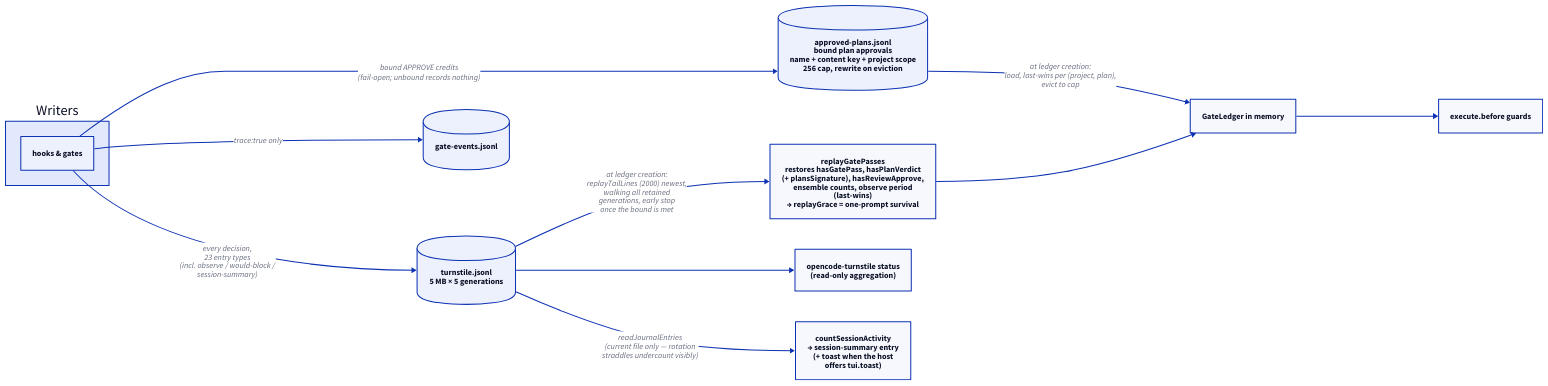
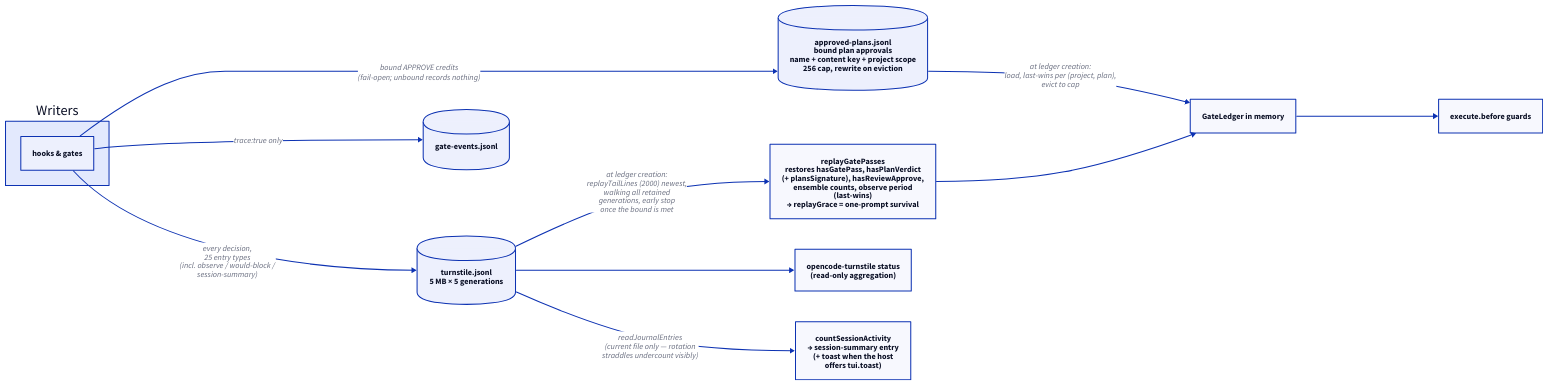
Before and after one commit to edseabolt/turnstile: the diagram in docs/diagrams/d05-persistence.d2, drawn with D2. The commit also changed 28 other files, not shown here.

Commit message:
docs(docs-accuracy): sync prose, docstrings, diagrams, and schema with source

```diff
--- a/docs/diagrams/d05-persistence.d2
+++ b/docs/diagrams/d05-persistence.d2
@@ -1,31 +1,31 @@
 direction: right
 
 writers: "Writers" {
   hooks: "hooks & gates"
 }
 
 jsonl: "turnstile.jsonl\n5 MB × 5 generations" {
   shape: cylinder
 }
 trace: "gate-events.jsonl" {
   shape: cylinder
 }
 approval: "approved-plans.jsonl\nbound plan approvals\nname + content key + project scope\n256 cap, rewrite on eviction" {
   shape: cylinder
 }
 
 replay: "replayGatePasses\nrestores hasGatePass, hasPlanVerdict\n(+ plansSignature), hasReviewApprove,\nensemble counts, observe period\n(last-wins)\n→ replayGrace = one-prompt survival"
 ledger: "GateLedger in memory"
 enforce: "execute.before guards"
 cli: "opencode-turnstile status\n(read-only aggregation)"
 
-writers.hooks -> jsonl: "every decision,\n23 entry types\n(incl. observe / would-block /\nsession-summary)"
+writers.hooks -> jsonl: "every decision,\n25 entry types\n(incl. observe / would-block /\nsession-summary)"
 writers.hooks -> trace: "trace:true only"
 writers.hooks -> approval: "bound APPROVE credits\n(fail-open; unbound records nothing)"
 approval -> ledger: "at ledger creation:\nload, last-wins per (project, plan),\nevict to cap"
 jsonl -> replay: "at ledger creation:\nreplayTailLines (2000) newest,\nwalking all retained\ngenerations, early stop\nonce the bound is met"
 replay -> ledger
 ledger -> enforce
 jsonl -> cli
 jsonl -> summary: "readJournalEntries\n(current file only — rotation\nstraddles undercount visibly)"
 summary: "countSessionActivity\n→ session-summary entry\n(+ toast when the host\noffers tui.toast)"
```
